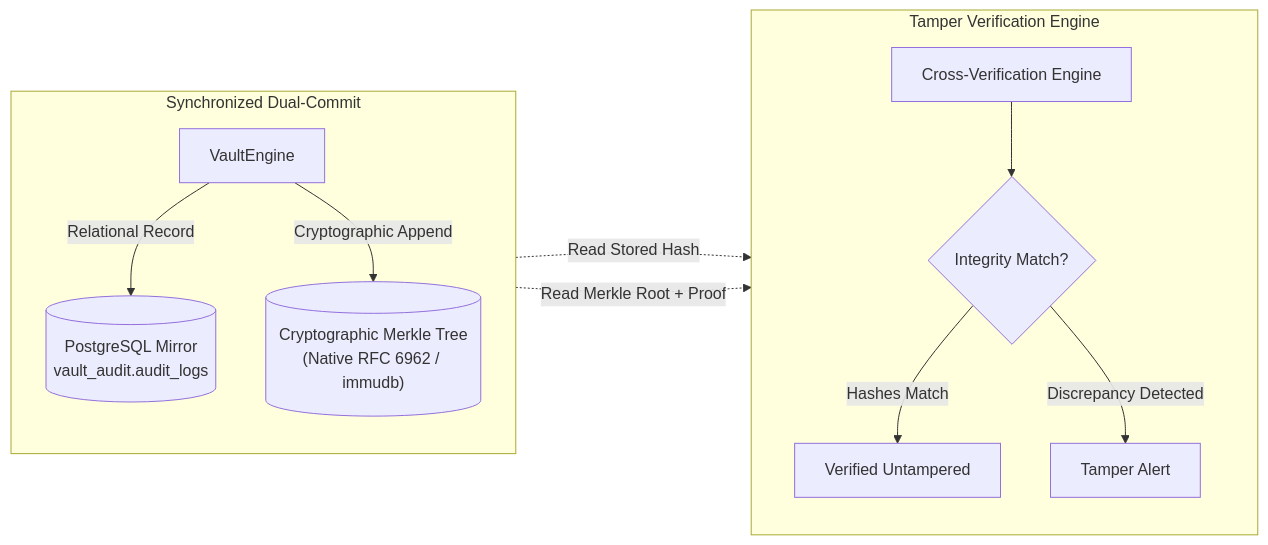
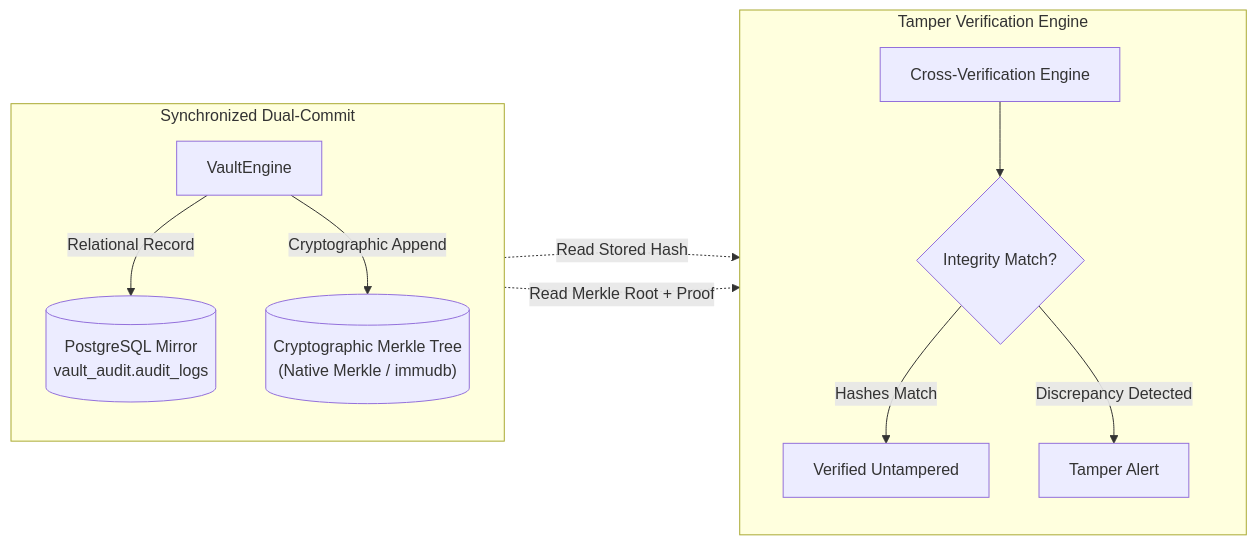
One commit to Sejal-hani/Vault_DB changed the second of 3 diagrams in README.md. Above: the diagram before and after it, drawn with Mermaid. The commit also changed other lines of this file and 1 other file, not shown here.

Commit message:
docs & test: clarify parser architecture & Merkle tree balancing, add offline tamper/truncation verification tests

````diff
--- a/README.md
+++ b/README.md
@@ -97,27 +97,27 @@
 ```mermaid
 flowchart LR
     subgraph DualCommit ["Synchronized Dual-Commit"]
         direction TB
         Engine["VaultEngine"]
         PG_Mirror[("PostgreSQL Mirror<br/>vault_audit.audit_logs")]
-        Ledger_Tree[("Cryptographic Merkle Tree<br/>(Native RFC 6962 / immudb)")]
+        Ledger_Tree[("Cryptographic Merkle Tree<br/>(Native Merkle / immudb)")]
 
         Engine -->|Relational Record| PG_Mirror
         Engine -->|Cryptographic Append| Ledger_Tree
     end
 
     subgraph Verification ["Tamper Verification Engine"]
         direction TB
         Verifier["Cross-Verification Engine"]
         Status{"Integrity Match?"}
         Valid["Verified Untampered"]
         Tamper["Tamper Alert"]
 
         Verifier --> Status
         Status -->|Hashes Match| Valid
         Status -->|Discrepancy Detected| Tamper
     end
 
     PG_Mirror -.->|Read Stored Hash| Verifier
     Ledger_Tree -.->|Read Merkle Root + Proof| Verifier
 ```
````
